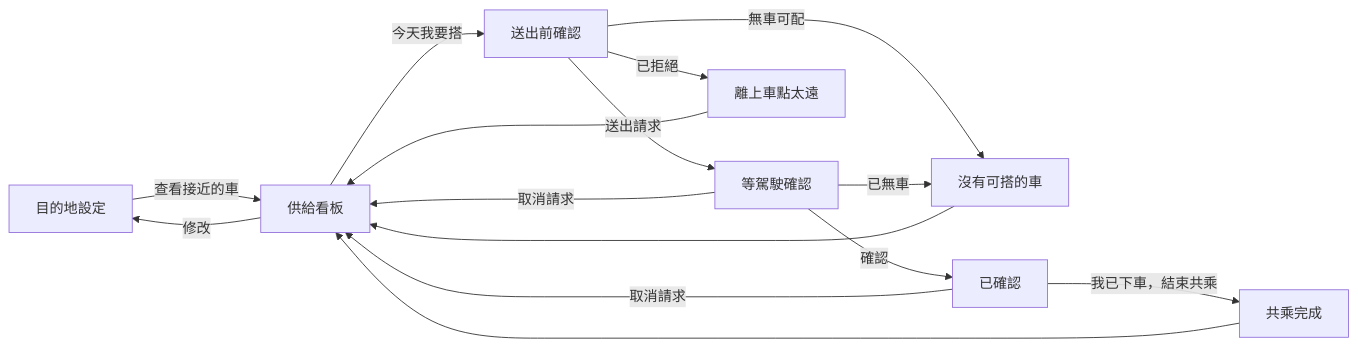
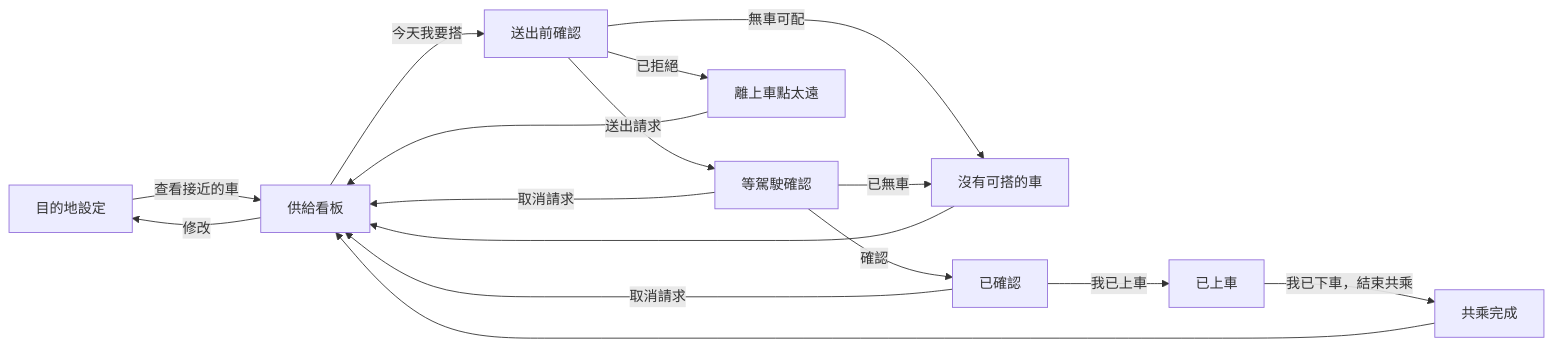
One commit to sohoffice/debugthon-carpool changed the second of 3 diagrams in docs/ui-design.md. Above: the diagram before and after it, drawn with Mermaid. The commit also changed other lines of this file and 92 other files, not shown here.

````diff
--- a/docs/ui-design.md
+++ b/docs/ui-design.md
@@ -181,14 +183,15 @@
 ```mermaid
 flowchart LR
     S[目的地設定] -- 查看接近的車 --> V[供給看板]
     V -- 修改 --> S
     V -- 今天我要搭 --> Q[送出前確認]
     Q -- 送出請求 --> W[等駕駛確認]
     Q -- 已拒絕 --> R[離上車點太遠]
     Q -- 無車可配 --> N[沒有可搭的車]
     W -- 確認 --> C[已確認]
     W -- 已無車 --> N
     W & C -- 取消請求 --> V
-    C -- 我已下車，結束共乘 --> D[共乘完成]
+    C -- 我已上車 --> B[已上車]
+    B -- 我已下車，結束共乘 --> D[共乘完成]
     R & N & D --> V
 ```
````
